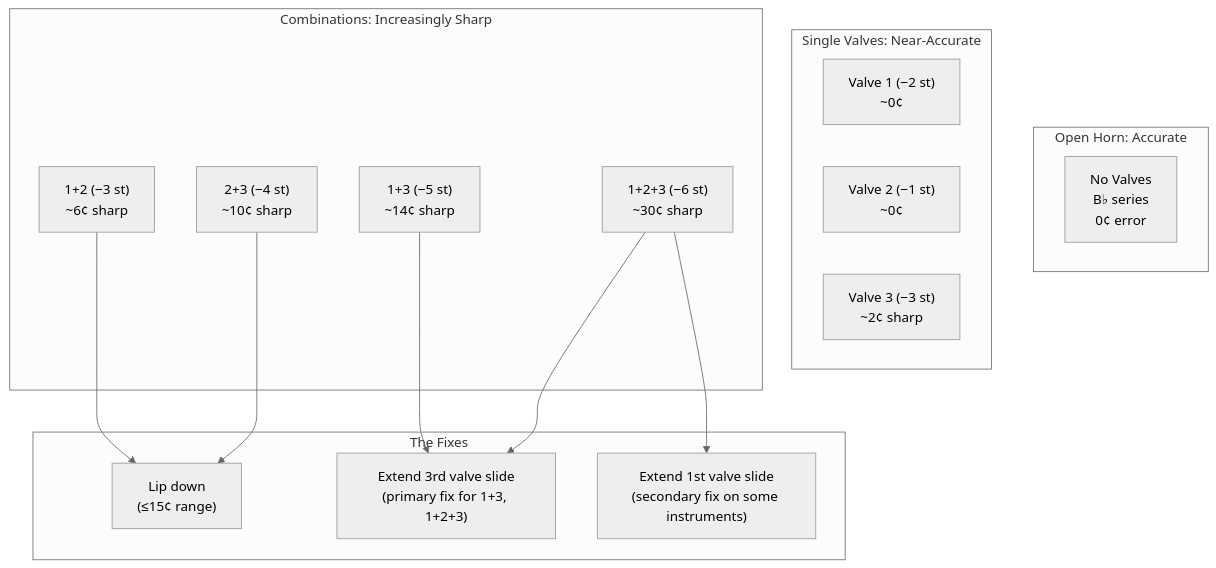
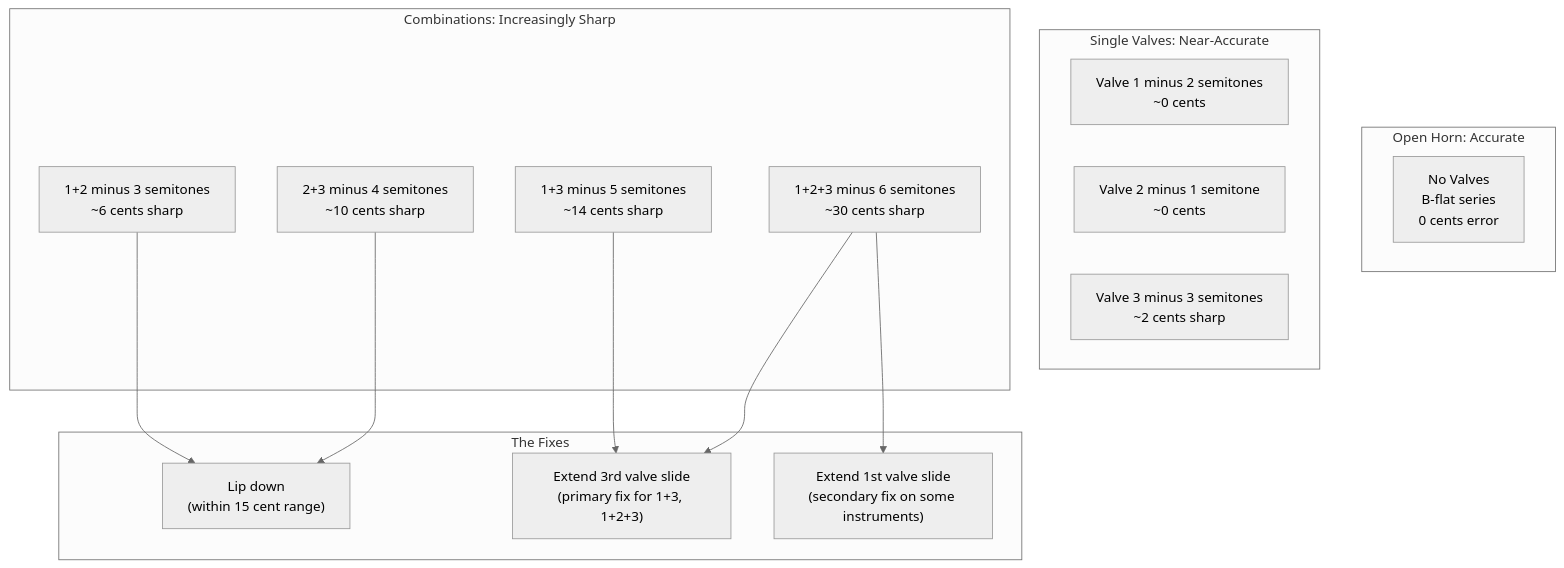
Before and after one commit to blebleblee/synapse: the first of 4 diagrams in topics/arts/music_performance/brass/lesson_03_intonation_and_tuning.md, drawn with Mermaid (neutral theme). The commit also changed other lines of this file and 4 other files, not shown here.

````diff
--- a/topics/arts/music_performance/brass/lesson_03_intonation_and_tuning.md
+++ b/topics/arts/music_performance/brass/lesson_03_intonation_and_tuning.md
@@ -59,27 +55,27 @@
 ```mermaid
 graph TD
     subgraph sub_open ["Open Horn: Accurate"]
-        A["No Valves\nB♭ series\n0¢ error"]
+        A["No Valves\nB-flat series\n0 cents error"]
     end
     subgraph sub_single ["Single Valves: Near-Accurate"]
-        B["Valve 1 (−2 st)\n~0¢"]
-        C["Valve 2 (−1 st)\n~0¢"]
-        D["Valve 3 (−3 st)\n~2¢ sharp"]
+        B["Valve 1 minus 2 semitones\n~0 cents"]
+        C["Valve 2 minus 1 semitone\n~0 cents"]
+        D["Valve 3 minus 3 semitones\n~2 cents sharp"]
     end
     subgraph sub_combos ["Combinations: Increasingly Sharp"]
-        E["1+2 (−3 st)\n~6¢ sharp"]
-        F["2+3 (−4 st)\n~10¢ sharp"]
-        G["1+3 (−5 st)\n~14¢ sharp"]
-        H["1+2+3 (−6 st)\n~30¢ sharp"]
+        E["1+2 minus 3 semitones\n~6 cents sharp"]
+        F["2+3 minus 4 semitones\n~10 cents sharp"]
+        G["1+3 minus 5 semitones\n~14 cents sharp"]
+        H["1+2+3 minus 6 semitones\n~30 cents sharp"]
     end
     subgraph sub_fix ["The Fixes"]
-        I["Lip down\n(≤15¢ range)"]
+        I["Lip down\n(within 15 cent range)"]
         J["Extend 3rd valve slide\n(primary fix for 1+3, 1+2+3)"]
         K["Extend 1st valve slide\n(secondary fix on some instruments)"]
     end
     G --> J
     H --> J
     H --> K
     E --> I
     F --> I
 ```
````
